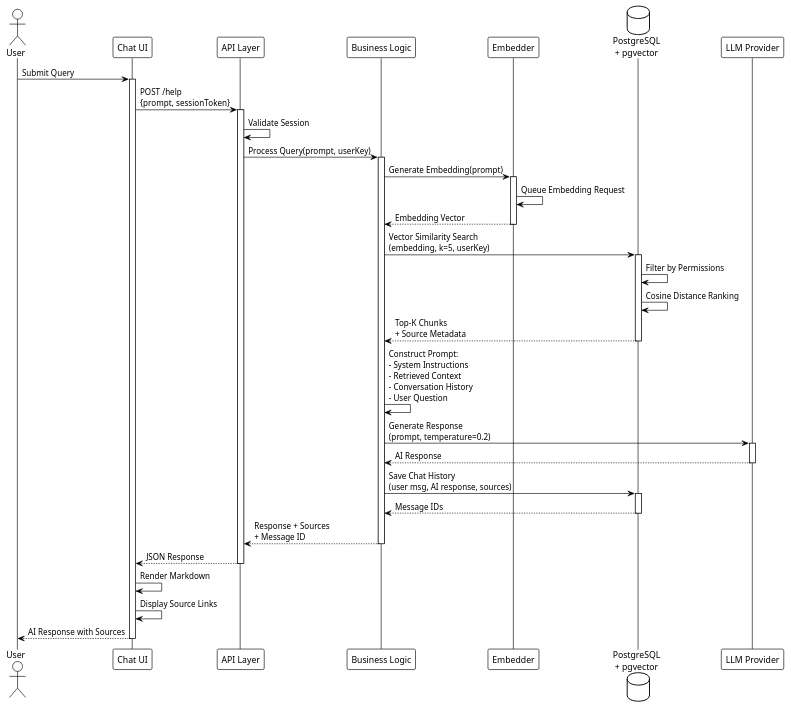
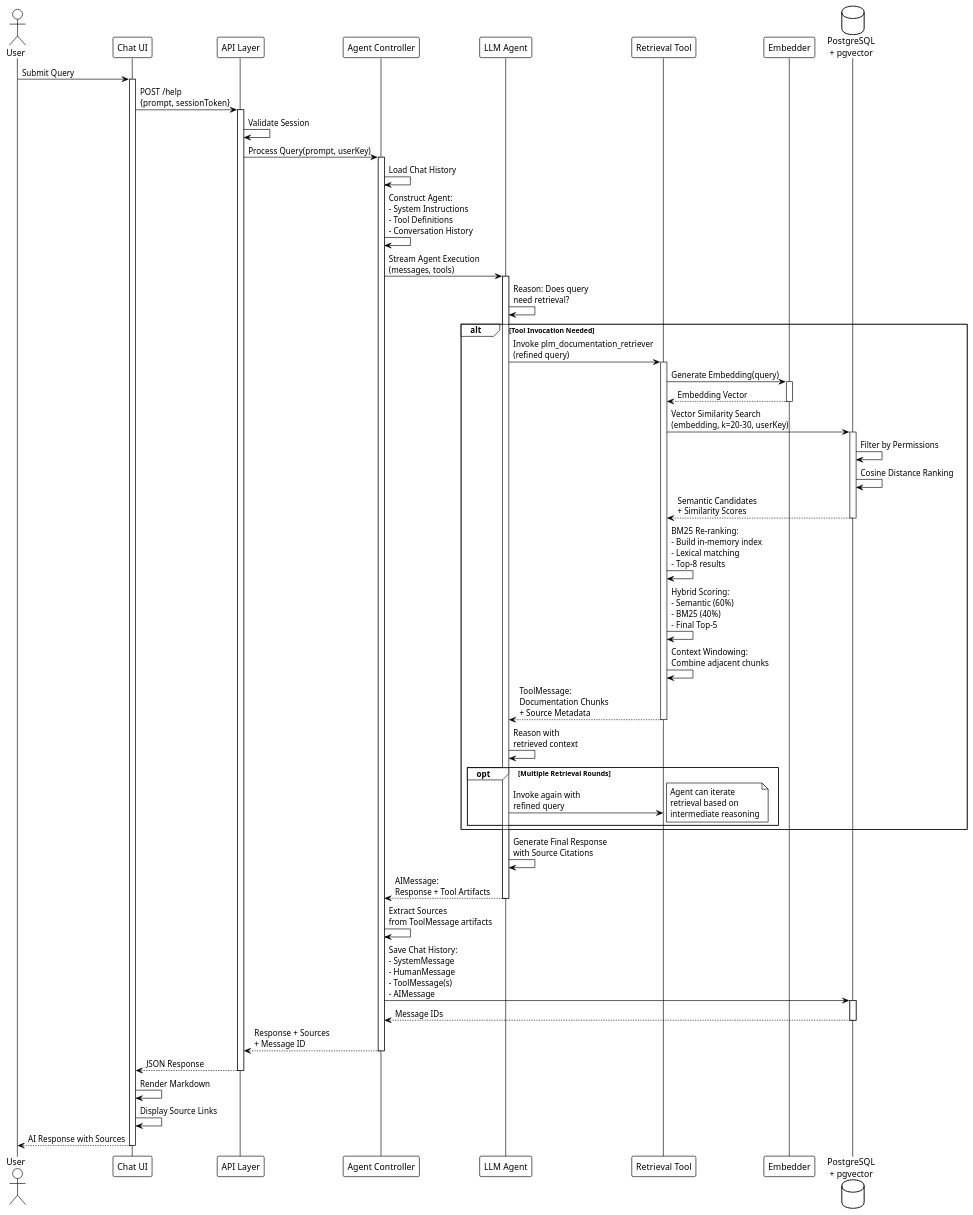
Before and after one commit to 3liasP/msc-thesis: the diagram in diagrams/query-flow.pu, drawn with PlantUML. The commit also changed 12 other files, not shown here.

```diff
--- a/diagrams/query-flow.pu
+++ b/diagrams/query-flow.pu
@@ -1,62 +1,91 @@
 @startuml
 !theme plain
 
 skinparam nodesep 10
 skinparam ranksep 20
 
 actor User
 participant "Chat UI" as UI
 participant "API Layer" as API
-participant "Business Logic" as BL
+participant "Agent Controller" as BL
+participant "LLM Agent" as LLM
+participant "Retrieval Tool" as TOOL
 participant "Embedder" as EMB
 database "PostgreSQL\n+ pgvector" as DB
-participant "LLM Provider" as LLM
 
 User -> UI: Submit Query
 activate UI
 
 UI -> API: POST /help\n{prompt, sessionToken}
 activate API
 
 API -> API: Validate Session
 
 API -> BL: Process Query(prompt, userKey)
 activate BL
 
-BL -> EMB: Generate Embedding(prompt)
-activate EMB
-EMB -> EMB: Queue Embedding Request
-EMB --> BL: Embedding Vector
-deactivate EMB
+BL -> BL: Load Chat History
+BL -> BL: Construct Agent:\n- System Instructions\n- Tool Definitions\n- Conversation History
 
-BL -> DB: Vector Similarity Search\n(embedding, k=5, userKey)
-activate DB
-DB -> DB: Filter by Permissions
-DB -> DB: Cosine Distance Ranking
-DB --> BL: Top-K Chunks\n+ Source Metadata
-deactivate DB
+BL -> LLM: Stream Agent Execution\n(messages, tools)
+activate LLM
 
-BL -> BL: Construct Prompt:\n- System Instructions\n- Retrieved Context\n- Conversation History\n- User Question
+LLM -> LLM: Reason: Does query\nneed retrieval?
 
-BL -> LLM: Generate Response\n(prompt, temperature=0.2)
-activate LLM
-LLM --> BL: AI Response
+alt Tool Invocation Needed
+    LLM -> TOOL: Invoke plm_documentation_retriever\n(refined query)
+    activate TOOL
+    
+    TOOL -> EMB: Generate Embedding(query)
+    activate EMB
+    EMB --> TOOL: Embedding Vector
+    deactivate EMB
+    
+    TOOL -> DB: Vector Similarity Search\n(embedding, k=20-30, userKey)
+    activate DB
+    DB -> DB: Filter by Permissions
+    DB -> DB: Cosine Distance Ranking
+    DB --> TOOL: Semantic Candidates\n+ Similarity Scores
+    deactivate DB
+    
+    TOOL -> TOOL: BM25 Re-ranking:\n- Build in-memory index\n- Lexical matching\n- Top-8 results
+    
+    TOOL -> TOOL: Hybrid Scoring:\n- Semantic (60%)\n- BM25 (40%)\n- Final Top-5
+    
+    TOOL -> TOOL: Context Windowing:\nCombine adjacent chunks
+    
+    TOOL --> LLM: ToolMessage:\nDocumentation Chunks\n+ Source Metadata
+    deactivate TOOL
+    
+    LLM -> LLM: Reason with\nretrieved context
+    
+    opt Multiple Retrieval Rounds
+        LLM -> TOOL: Invoke again with\nrefined query
+        note right: Agent can iterate\nretrieval based on\nintermediate reasoning
+    end
+end
+
+LLM -> LLM: Generate Final Response\nwith Source Citations
+
+LLM --> BL: AIMessage:\nResponse + Tool Artifacts
 deactivate LLM
 
-BL -> DB: Save Chat History\n(user msg, AI response, sources)
+BL -> BL: Extract Sources\nfrom ToolMessage artifacts
+
+BL -> DB: Save Chat History:\n- SystemMessage\n- HumanMessage\n- ToolMessage(s)\n- AIMessage
 activate DB
 DB --> BL: Message IDs
 deactivate DB
 
 BL --> API: Response + Sources\n+ Message ID
 deactivate BL
 
 API --> UI: JSON Response
 deactivate API
 
 UI -> UI: Render Markdown
 UI -> UI: Display Source Links
 UI --> User: AI Response with Sources
 deactivate UI
 
 @enduml
```
